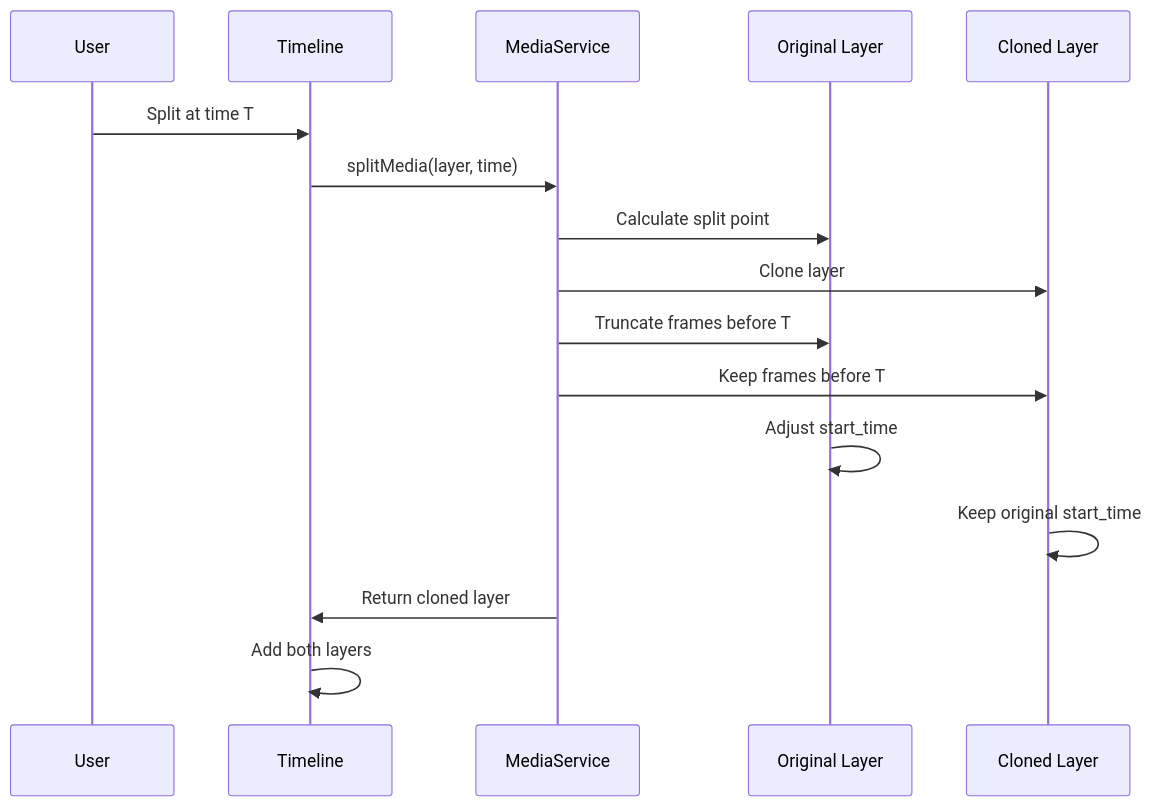
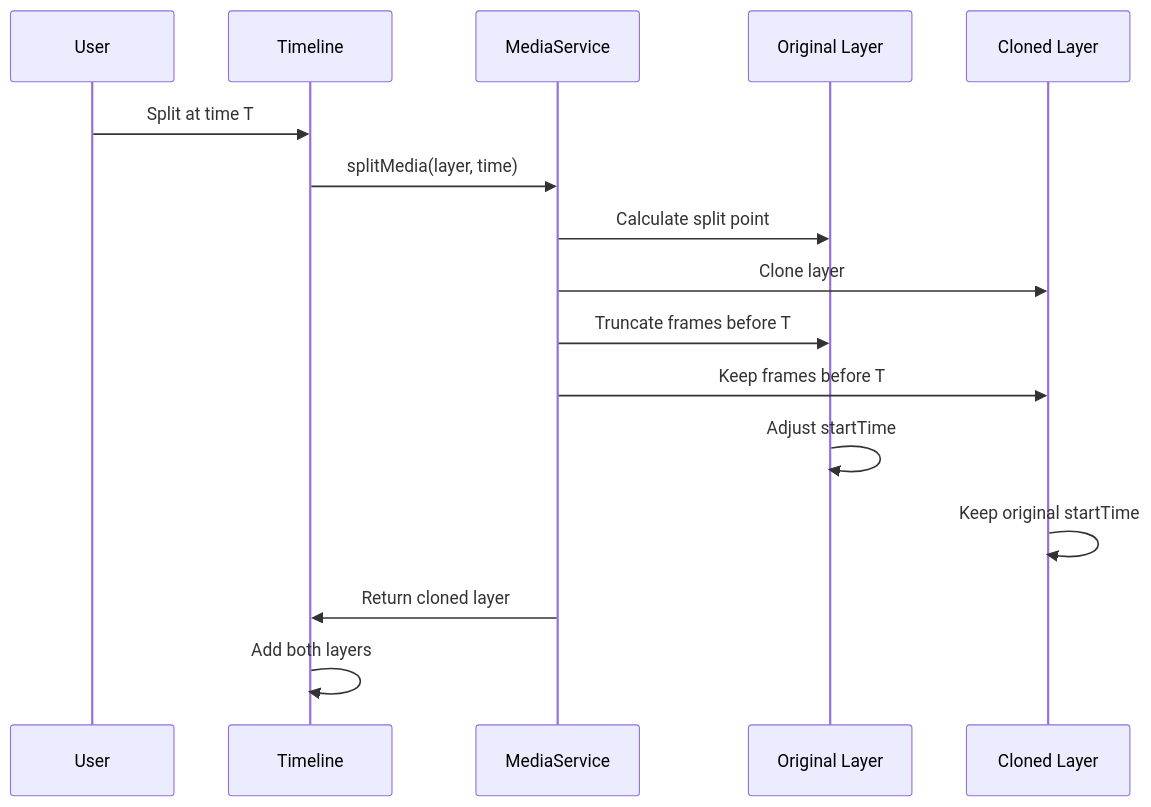
Before and after one commit to apssouza22/web-video-edit: diagram 11 of 15 in docs/architecture/05-timeline-layers.md, drawn with Mermaid. The commit also changed other lines of this file and 29 other files, not shown here.

Commit message:
rename start_time to startTime

````diff
--- a/docs/architecture/05-timeline-layers.md
+++ b/docs/architecture/05-timeline-layers.md
@@ -391,19 +391,19 @@
 ```mermaid
 sequenceDiagram
     participant User
     participant Timeline
     participant MediaService
     participant Original as Original Layer
     participant Clone as Cloned Layer
 
     User->>Timeline: Split at time T
     Timeline->>MediaService: splitMedia(layer, time)
     MediaService->>Original: Calculate split point
     MediaService->>Clone: Clone layer
     MediaService->>Original: Truncate frames before T
     MediaService->>Clone: Keep frames before T
-    Original->>Original: Adjust start_time
-    Clone->>Clone: Keep original start_time
+    Original->>Original: Adjust startTime
+    Clone->>Clone: Keep original startTime
     MediaService->>Timeline: Return cloned layer
     Timeline->>Timeline: Add both layers
 ```
````
